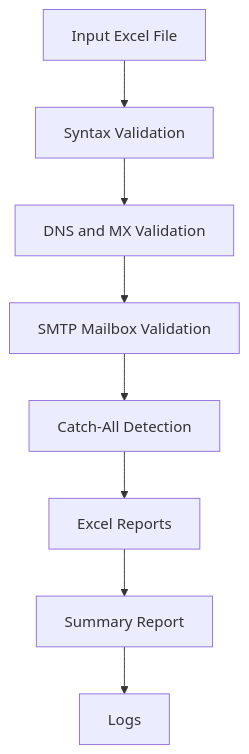
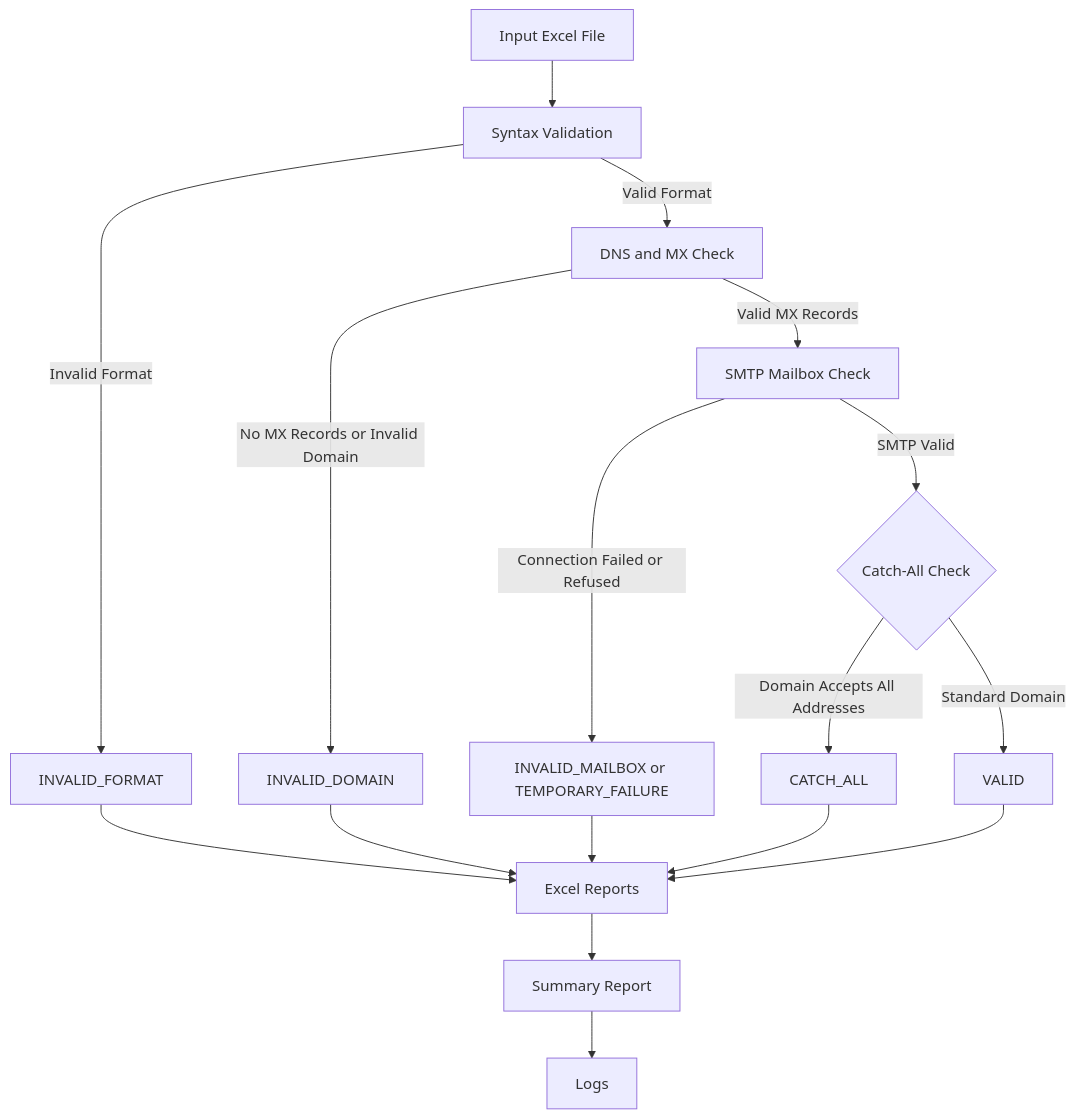
Before and after one commit to dnyan-z/Email_Validator-: the diagram in README.md, drawn with Mermaid. The commit also changed other lines of this file, not shown here.

Commit message:
Arch update

````diff
--- a/README.md
+++ b/README.md
@@ -25,10 +25,19 @@
 ```mermaid
 graph TD
     A[Input Excel File] --> B[Syntax Validation]
-    B --> C[DNS and MX Validation]
-    C --> D[SMTP Mailbox Validation]
-    D --> E[Catch-All Detection]
-    E --> F[Excel Reports]
-    F --> G[Summary Report]
-    G --> H[Logs]
+  B -- Invalid Format --> C[INVALID_FORMAT]
+  B -- Valid Format --> D[DNS and MX Check]
+  D -- No MX Records or Invalid Domain --> E[INVALID_DOMAIN]
+  D -- Valid MX Records --> F[SMTP Mailbox Check]
+  F -- Connection Failed or Refused --> G[INVALID_MAILBOX or TEMPORARY_FAILURE]
+  F -- SMTP Valid --> H{Catch-All Check}
+  H -- Domain Accepts All Addresses --> I[CATCH_ALL]
+  H -- Standard Domain --> J[VALID]
+  C --> K[Excel Reports]
+  E --> K
+  G --> K
+  I --> K
+  J --> K
+  K --> L[Summary Report]
+  L --> M[Logs]
 ```
````
